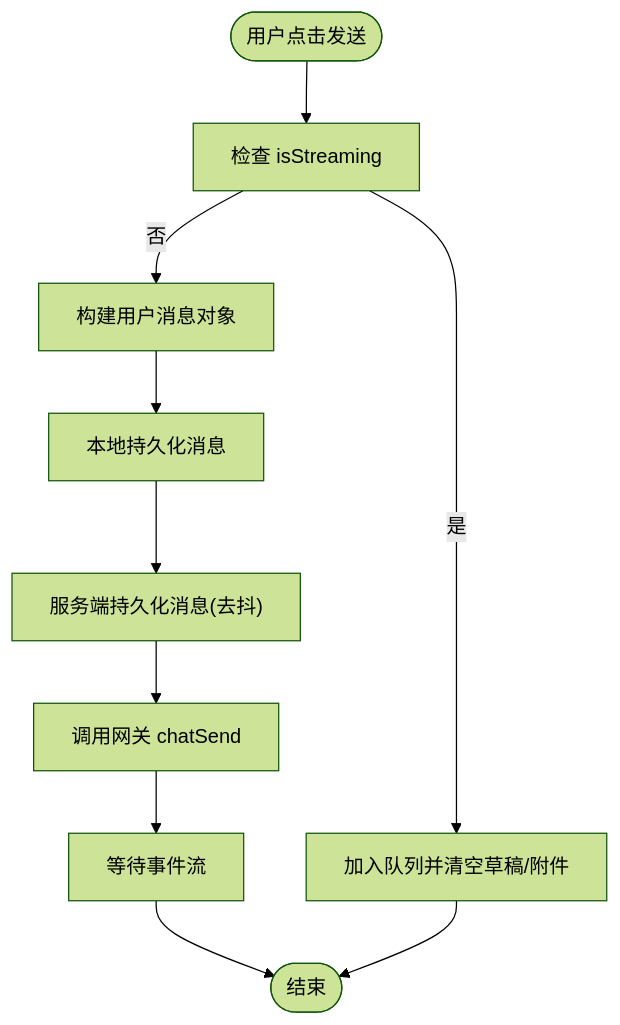
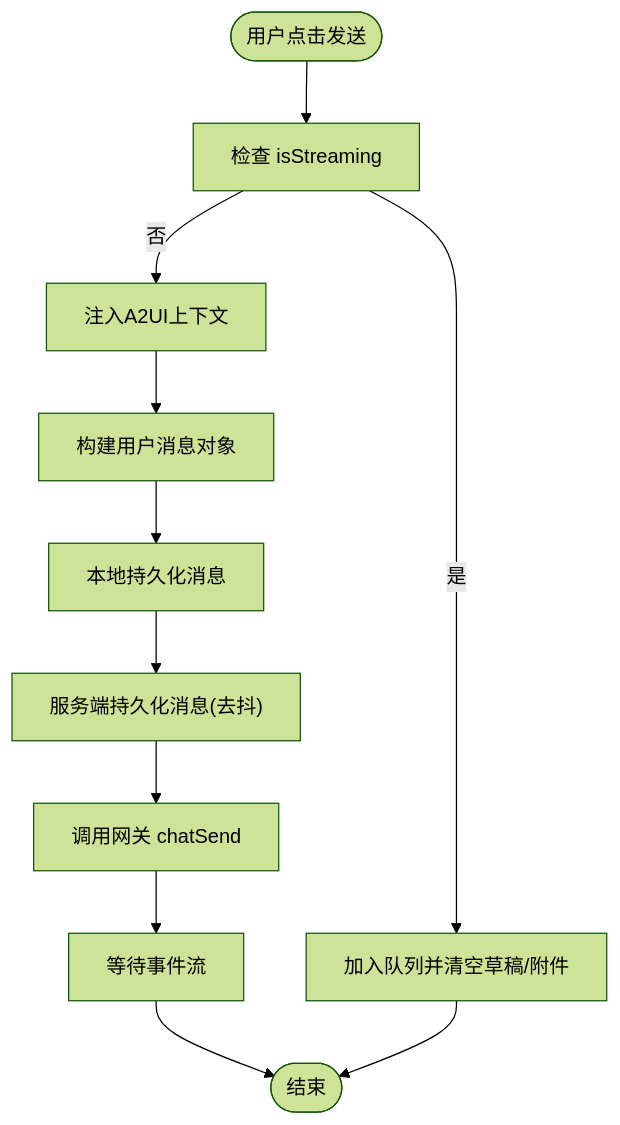
Before and after one commit to WW-AI-Lab/openclaw-office: the fourth of 9 diagrams in .qoder/repowiki/zh/content/状态管理系统/控制台 Store 系统/聊天停靠 Store.md, drawn with Mermaid (forest theme). The commit also changed other lines of this file and 36 other files, not shown here.

````diff
--- a/.qoder/repowiki/zh/content/状态管理系统/控制台 Store 系统/聊天停靠 Store.md
+++ b/.qoder/repowiki/zh/content/状态管理系统/控制台 Store 系统/聊天停靠 Store.md
@@ -261,12 +286,13 @@
 ```mermaid
 flowchart TD
 Start(["用户点击发送"]) --> CheckStream["检查 isStreaming"]
 CheckStream --> |是| Enqueue["加入队列并清空草稿/附件"]
-CheckStream --> |否| BuildMsg["构建用户消息对象"]
+CheckStream --> |否| InjectA2UI["注入A2UI上下文"]
+InjectA2UI --> BuildMsg["构建用户消息对象"]
 BuildMsg --> PersistLocal["本地持久化消息"]
 PersistLocal --> PersistServer["服务端持久化消息(去抖)"]
 PersistServer --> SendRPC["调用网关 chatSend"]
 SendRPC --> Stream["等待事件流"]
 Stream --> End(["结束"])
 Enqueue --> End
 ```
````
